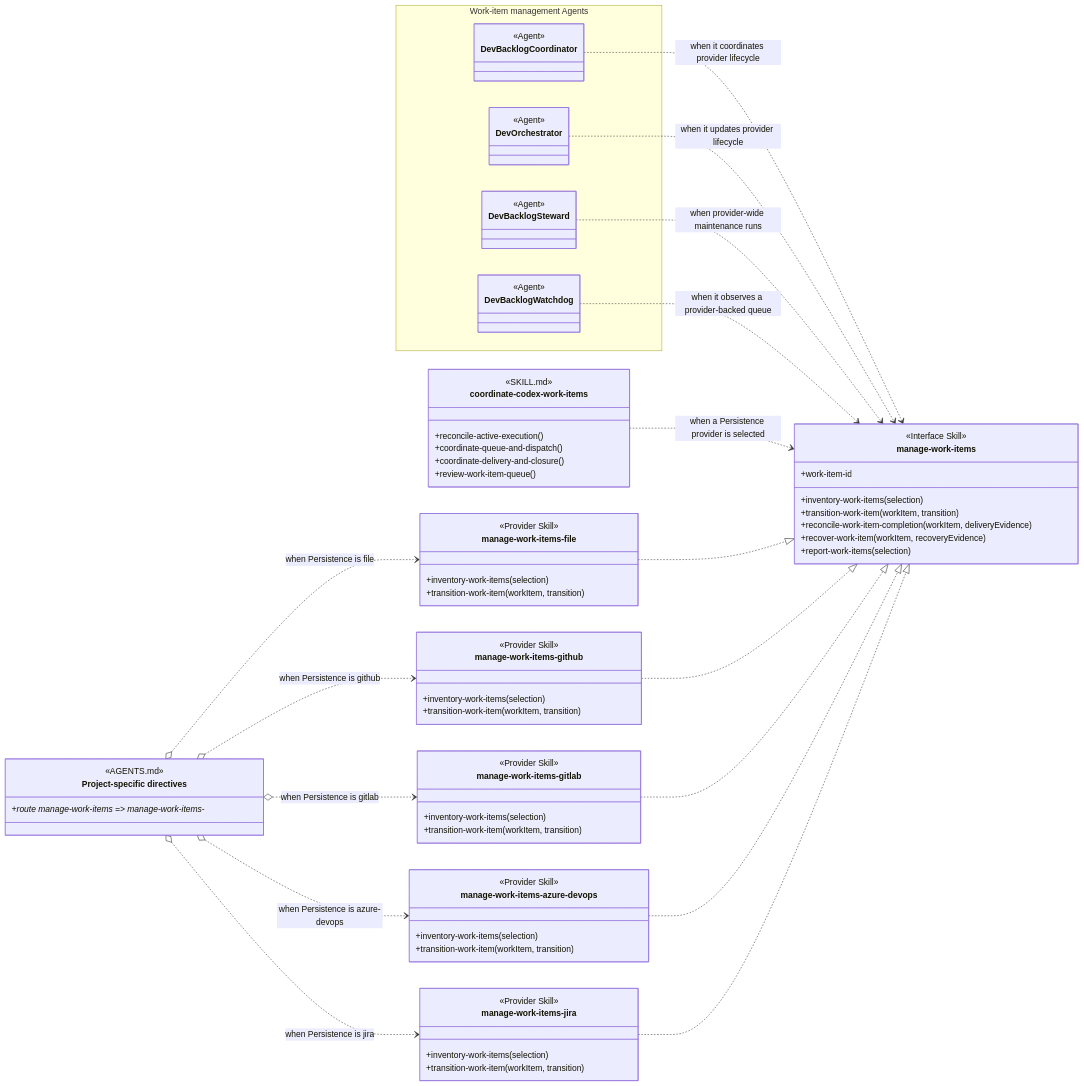
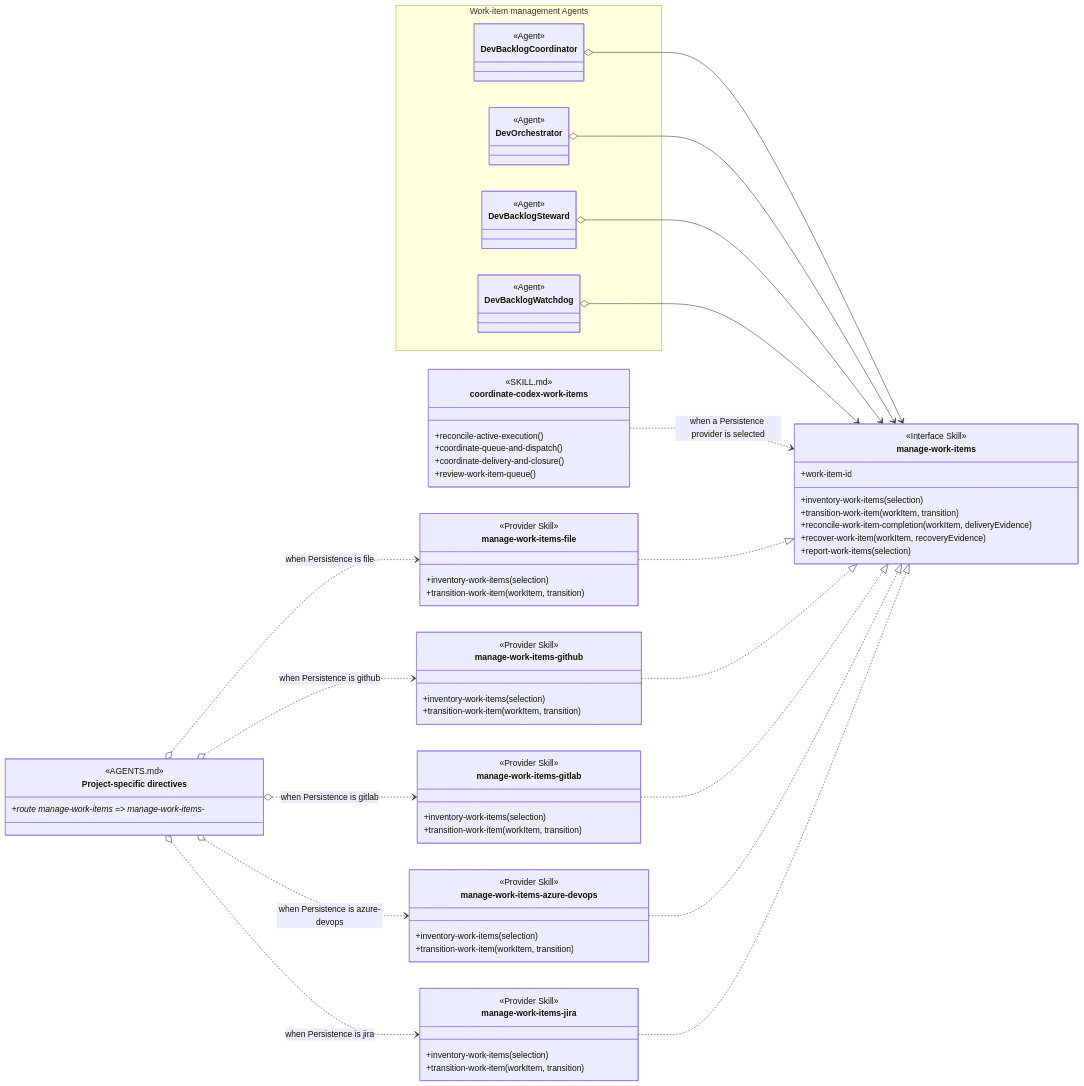
Before and after one commit to martinbechard/dev-methodology: the fourth of 6 diagrams in design/skill-groups/concurrent-tasking.md, drawn with Mermaid. The commit also changed other lines of this file and 4 other files, not shown here.

```diff
--- a/design/skill-groups/concurrent-tasking.md
+++ b/design/skill-groups/concurrent-tasking.md
@@ -317,10 +317,10 @@
         +transition-work-item(workItem, transition)
     }
 
-    DevBacklogCoordinator ..> ManageWorkItem : when it coordinates provider lifecycle
-    DevOrchestrator ..> ManageWorkItem : when it updates provider lifecycle
-    DevBacklogSteward ..> ManageWorkItem : when provider-wide maintenance runs
-    DevBacklogWatchdog ..> ManageWorkItem : when it observes a provider-backed queue
+    DevBacklogCoordinator o--> ManageWorkItem
+    DevOrchestrator o--> ManageWorkItem
+    DevBacklogSteward o--> ManageWorkItem
+    DevBacklogWatchdog o--> ManageWorkItem
     coordinate-codex-work-items ..> ManageWorkItem : when a Persistence provider is selected
     project-specific-directives o..> manage-work-items-file : when Persistence is file
     project-specific-directives o..> manage-work-items-github : when Persistence is github
```
